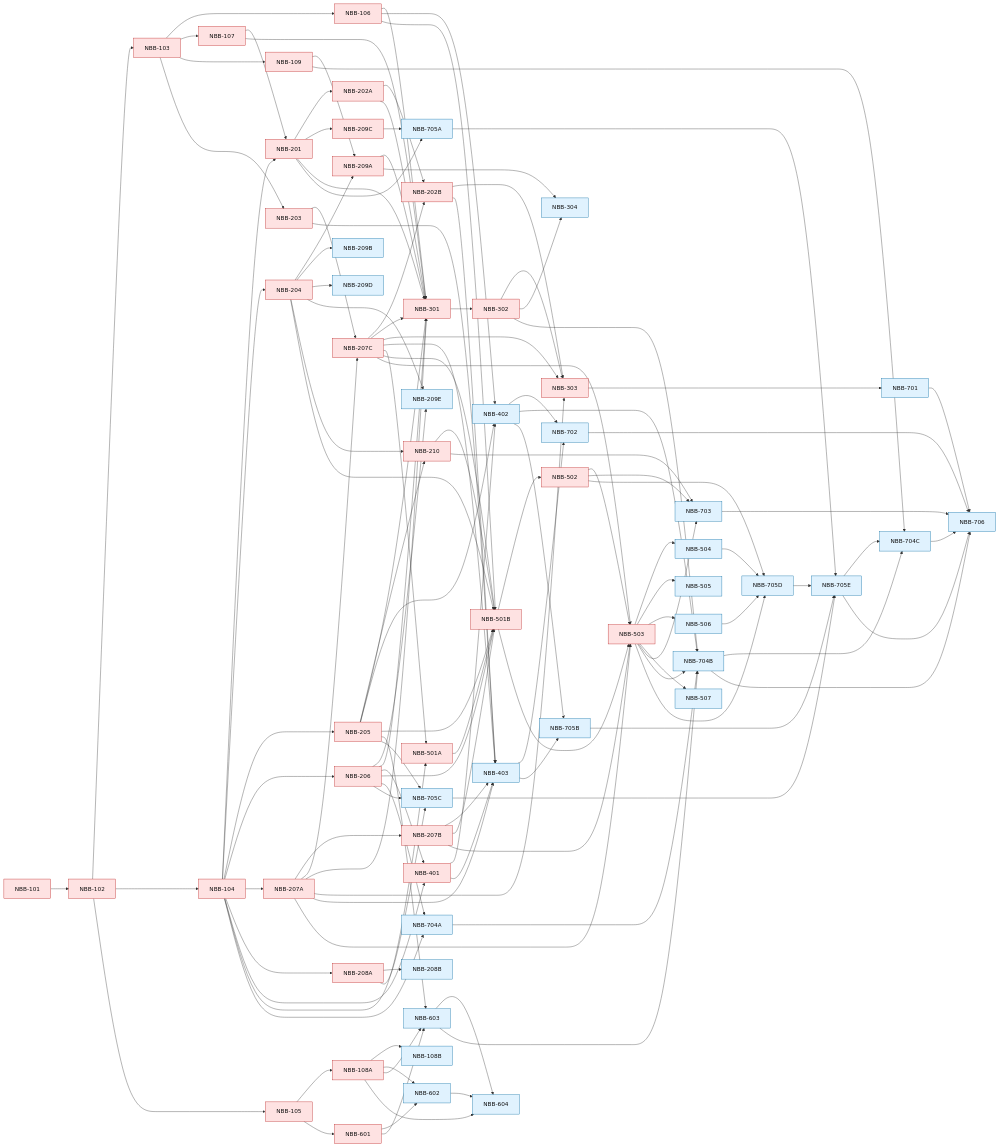
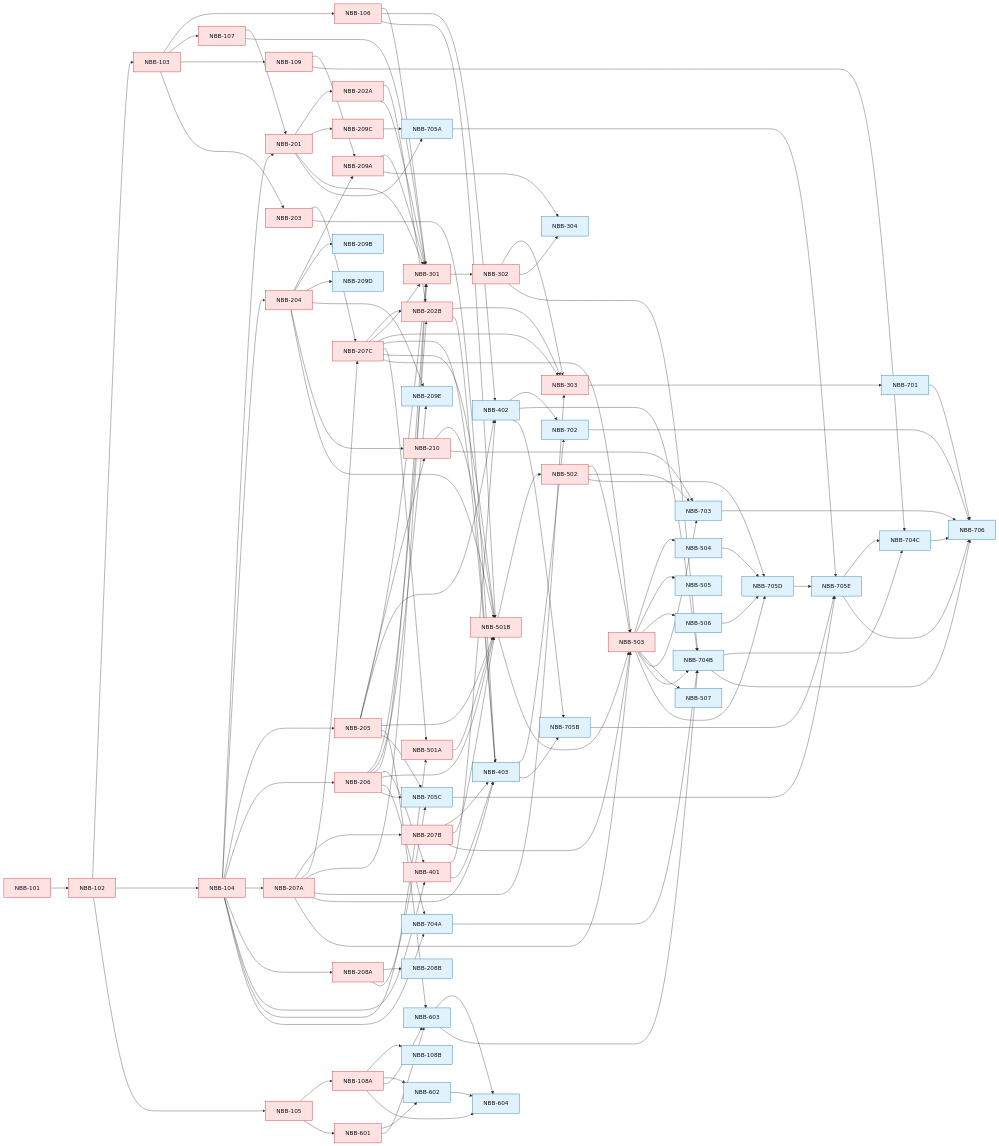
Before and after one commit to sour4bh/NoobBook: the first of 2 diagrams in docs/tickets/GRAPH.md, drawn with Mermaid. The commit also changed 4 other files, not shown here.

Commit message:
Patch ticket graph sanity gaps

```diff
--- a/docs/tickets/GRAPH.md
+++ b/docs/tickets/GRAPH.md
@@ -53,6 +53,8 @@
   NBB201 --> NBB202A
   NBB202B["NBB-202B"]:::p0
   NBB202A --> NBB202B
+  NBB206["NBB-206"]:::p0
+  NBB206 --> NBB202B
   NBB207C["NBB-207C"]:::p0
   NBB207C --> NBB202B
   NBB203["NBB-203"]:::p0
@@ -61,7 +63,6 @@
   NBB104 --> NBB204
   NBB205["NBB-205"]:::p0
   NBB104 --> NBB205
-  NBB206["NBB-206"]:::p0
   NBB104 --> NBB206
   NBB207A["NBB-207A"]:::p0
   NBB104 --> NBB207A
```
